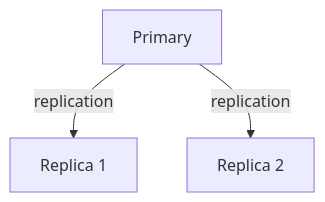
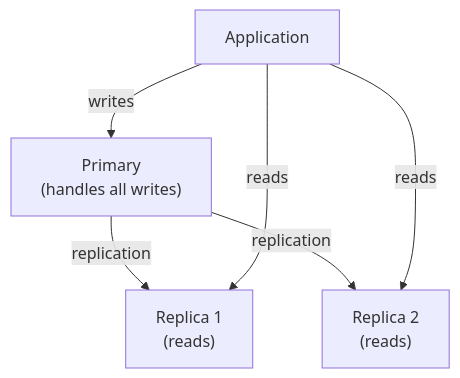
Before and after one commit to pankajThakur1874/studysheet: the eighth of 27 diagrams in files/08-edge-cases/Tier-5-High-Scale-Architecture.md, drawn with Mermaid. The commit also changed other lines of this file and 5 other files, not shown here.

````diff
--- a/files/08-edge-cases/Tier-5-High-Scale-Architecture.md
+++ b/files/08-edge-cases/Tier-5-High-Scale-Architecture.md
@@ -149,5 +385,8 @@
 ```mermaid
 flowchart TD
-    Primary["Primary"] -->|replication| R1["Replica 1"]
-    Primary -->|replication| R2["Replica 2"]
+    App["Application"] -->|writes| Primary["Primary<br/>(handles all writes)"]
+    Primary -->|replication| R1["Replica 1<br/>(reads)"]
+    Primary -->|replication| R2["Replica 2<br/>(reads)"]
+    App -->|reads| R1
+    App -->|reads| R2
 ```
````
